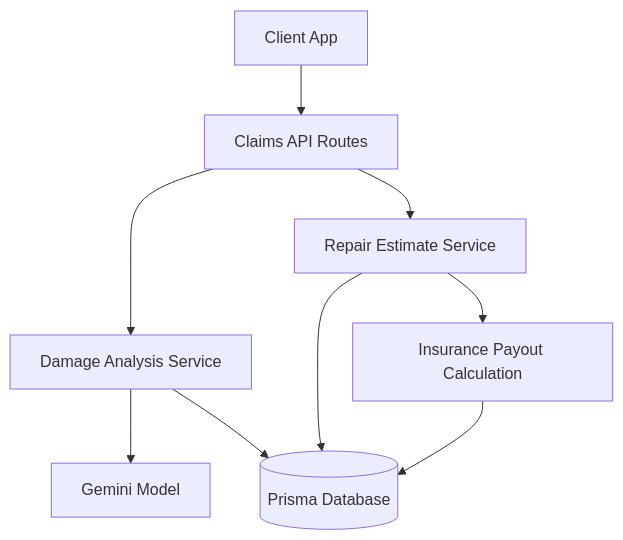
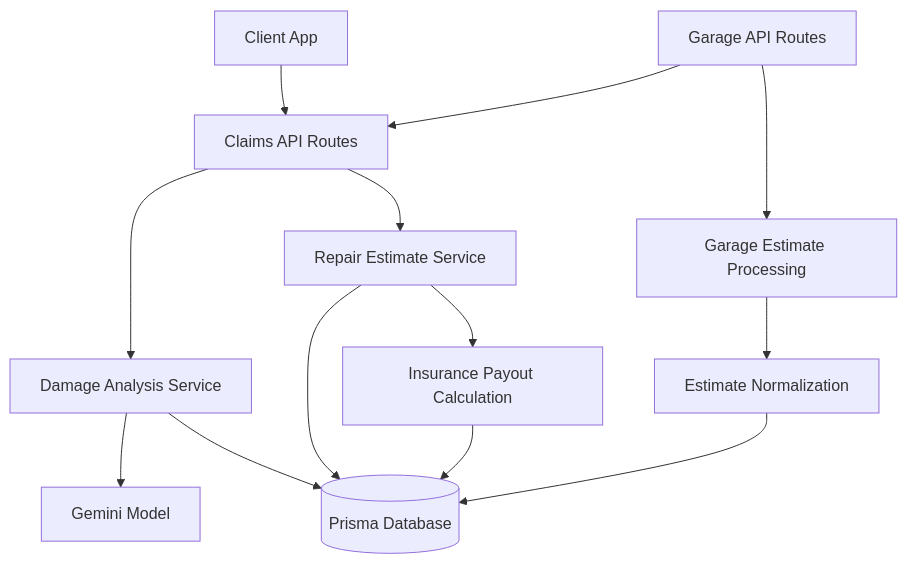
One commit to NaveenHiranya/Smart-Vehicle-Insurance-Claim-System changed the first of 3 diagrams in .qoder/repowiki/en/content/AI Services Integration/Repair Estimate Service.md. Above: the diagram before and after it, drawn with Mermaid. The commit also changed other lines of this file and 33 other files, not shown here.

````diff
--- a/.qoder/repowiki/en/content/AI Services Integration/Repair Estimate Service.md
+++ b/.qoder/repowiki/en/content/AI Services Integration/Repair Estimate Service.md
@@ -36,11 +54,15 @@
 ```mermaid
 graph TB
 Client["Client App"] --> ClaimsAPI["Claims API Routes"]
+GarageAPI["Garage API Routes"] --> ClaimsAPI
 ClaimsAPI --> DamageAnalysis["Damage Analysis Service"]
+GarageAPI --> GarageEstimate["Garage Estimate Processing"]
 DamageAnalysis --> Gemini["Gemini Model"]
 DamageAnalysis --> DB[(Prisma Database)]
 ClaimsAPI --> EstimateSvc["Repair Estimate Service"]
 EstimateSvc --> DB
 EstimateSvc --> PayoutCalc["Insurance Payout Calculation"]
 PayoutCalc --> DB
+GarageEstimate --> Normalize["Estimate Normalization"]
+Normalize --> DB
 ```
````
